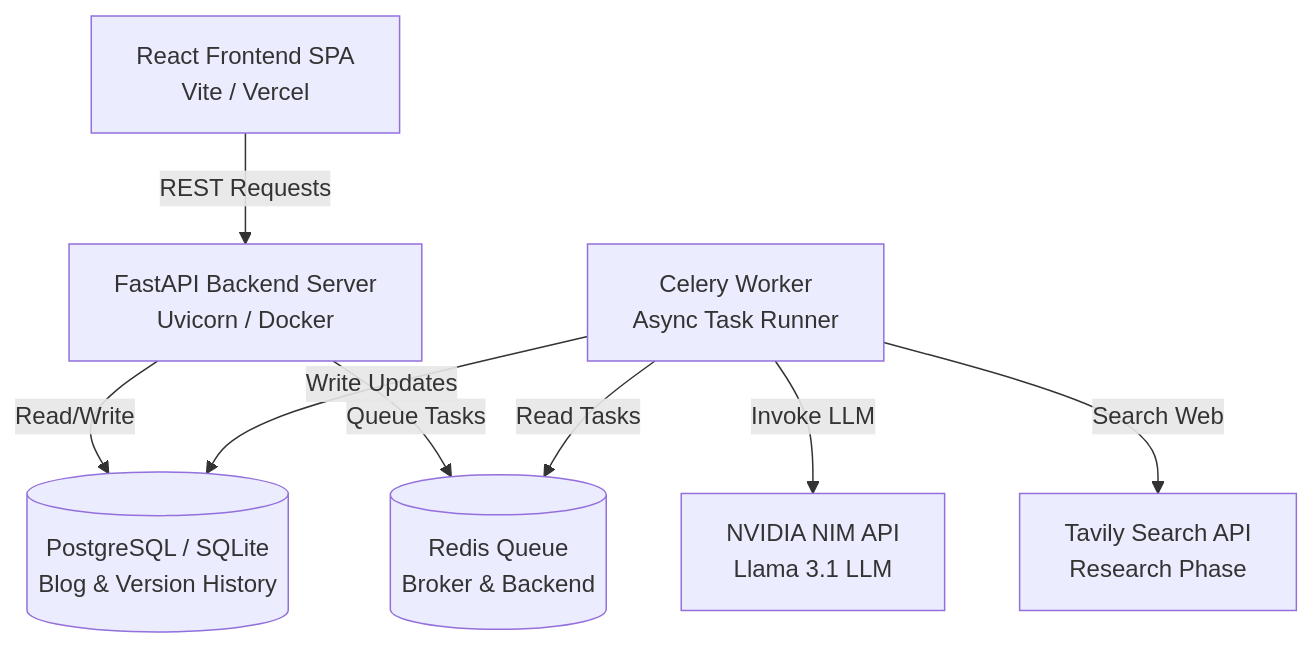
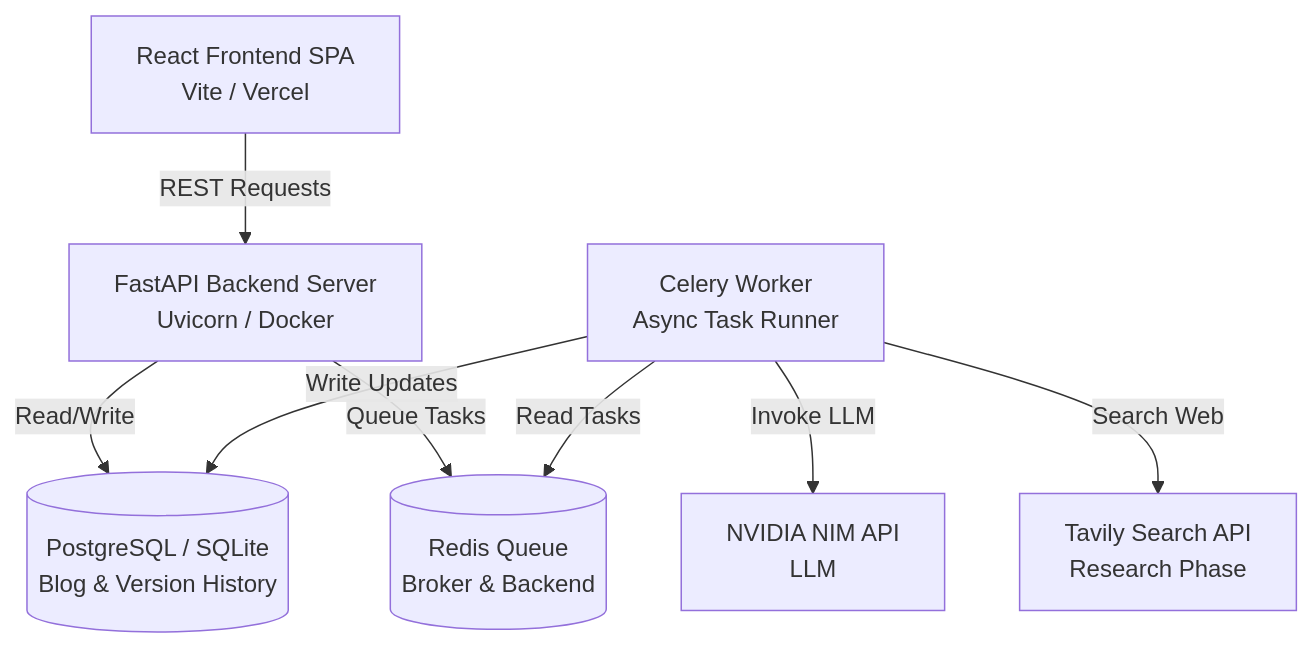
Before and after one commit to shubhamupadhyay12/QuillOps: the first of 2 diagrams in README.md, drawn with Mermaid.

````diff
--- a/README.md
+++ b/README.md
@@ -11,18 +11,18 @@
 ```mermaid
 graph TD
     Client[React Frontend SPA<br/>Vite / Vercel]
     API[FastAPI Backend Server<br/>Uvicorn / Docker]
     DB[(PostgreSQL / SQLite<br/>Blog & Version History)]
     Redis[(Redis Queue<br/>Broker & Backend)]
     Worker[Celery Worker<br/>Async Task Runner]
     Tavily[Tavily Search API<br/>Research Phase]
-    NVIDIA[NVIDIA NIM API<br/>Llama 3.1 LLM]
+    NVIDIA[NVIDIA NIM API<br/> LLM]
 
     Client -->|REST Requests| API
     API -->|Read/Write| DB
     API -->|Queue Tasks| Redis
     Worker -->|Read Tasks| Redis
     Worker -->|Invoke LLM| NVIDIA
     Worker -->|Search Web| Tavily
     Worker -->|Write Updates| DB
 ```
````
